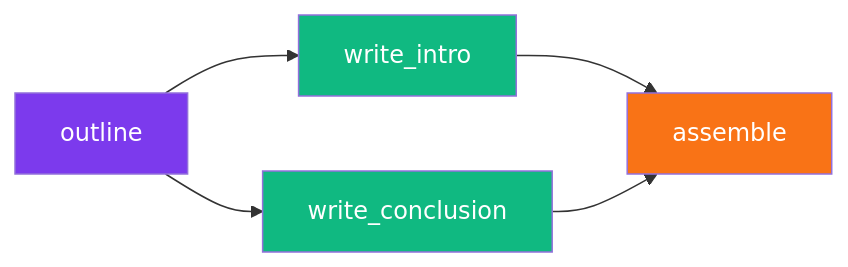
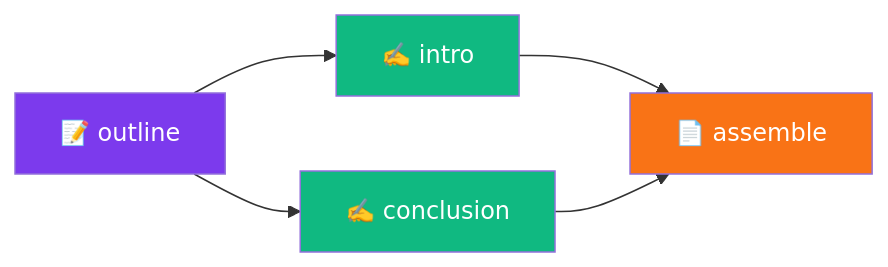
The third of 3 diagrams in README.md (supernovae-st/nika), drawn with Mermaid before and after one commit. The commit also changed other lines of this file, not shown here.

First line of the commit message:
docs(readme): enhance with ascii tui, sequence diagram, tech stack

````diff
--- a/README.md
+++ b/README.md
@@ -368,12 +453,12 @@
 ```mermaid
 graph LR
-    A[outline] --> B[write_intro]
-    A --> C[write_conclusion]
-    B --> D[assemble]
+    A[📝 outline] --> B[✍️ intro]
+    A --> C[✍️ conclusion]
+    B --> D[📄 assemble]
     C --> D
 
     style A fill:#7c3aed,color:#fff
     style B fill:#10b981,color:#fff
     style C fill:#10b981,color:#fff
     style D fill:#f97316,color:#fff
 ```
````
